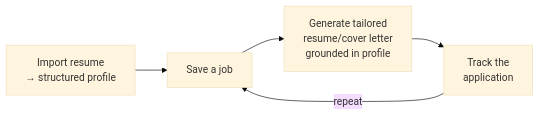
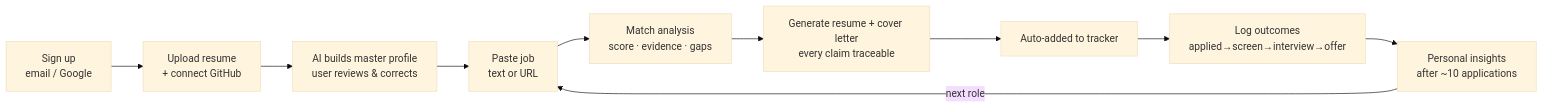
The diagram in docs/00-product/mvp-scope.md (mahelet-kassa/CareerOS), drawn with Mermaid (base theme) before and after one commit. The commit also changed other lines of this file and 30 other files, not shown here.

````diff
--- a/docs/00-product/mvp-scope.md
+++ b/docs/00-product/mvp-scope.md
@@ -15,7 +17,12 @@
 ```mermaid
 flowchart LR
-    A[Import resume<br/>→ structured profile] --> B[Save a job]
-    B --> C[Generate tailored<br/>resume/cover letter<br/>grounded in profile]
-    C --> D[Track the<br/>application]
-    D -->|repeat| B
+    A[Sign up<br/>email / Google] --> B[Upload resume<br/>+ connect GitHub]
+    B --> C[AI builds master profile<br/>user reviews & corrects]
+    C --> D[Paste job<br/>text or URL]
+    D --> E[Match analysis<br/>score · evidence · gaps]
+    E --> F[Generate resume + cover letter<br/>every claim traceable]
+    F --> G[Auto-added to tracker]
+    G --> H[Log outcomes<br/>applied→screen→interview→offer]
+    H --> I[Personal insights<br/>after ~10 applications]
+    I -->|next role| D
 ```
````
